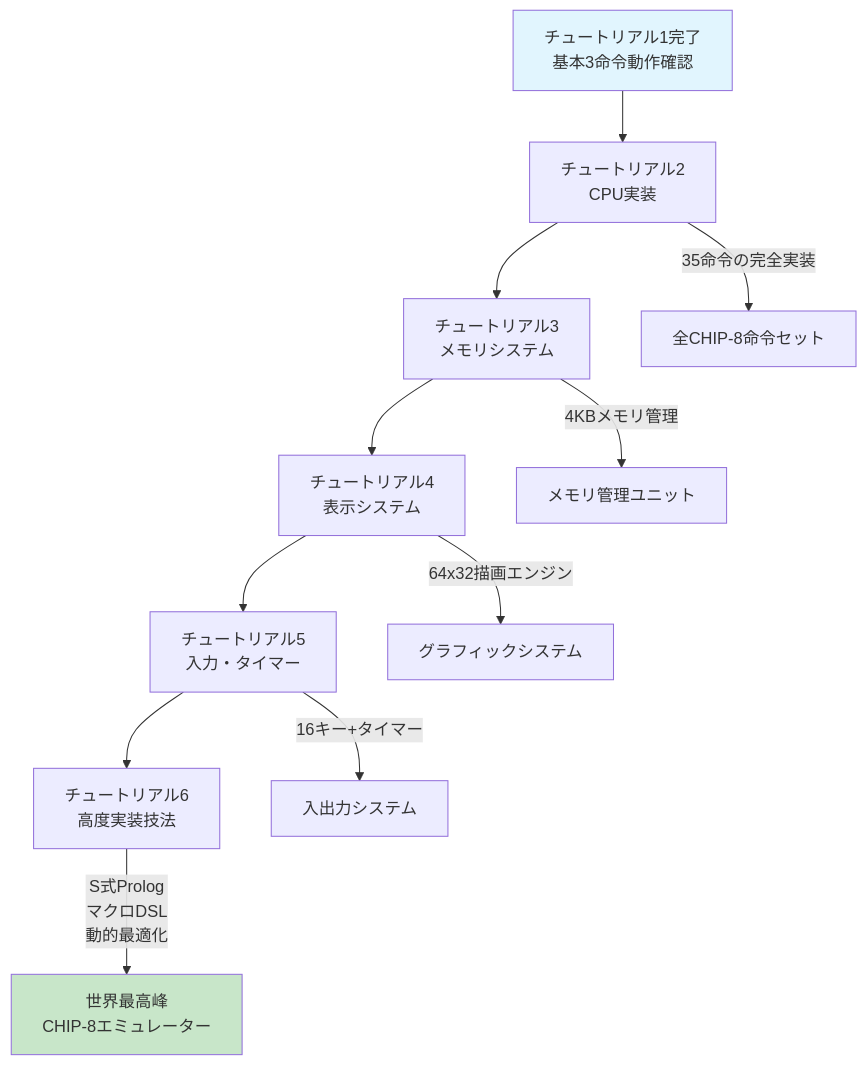
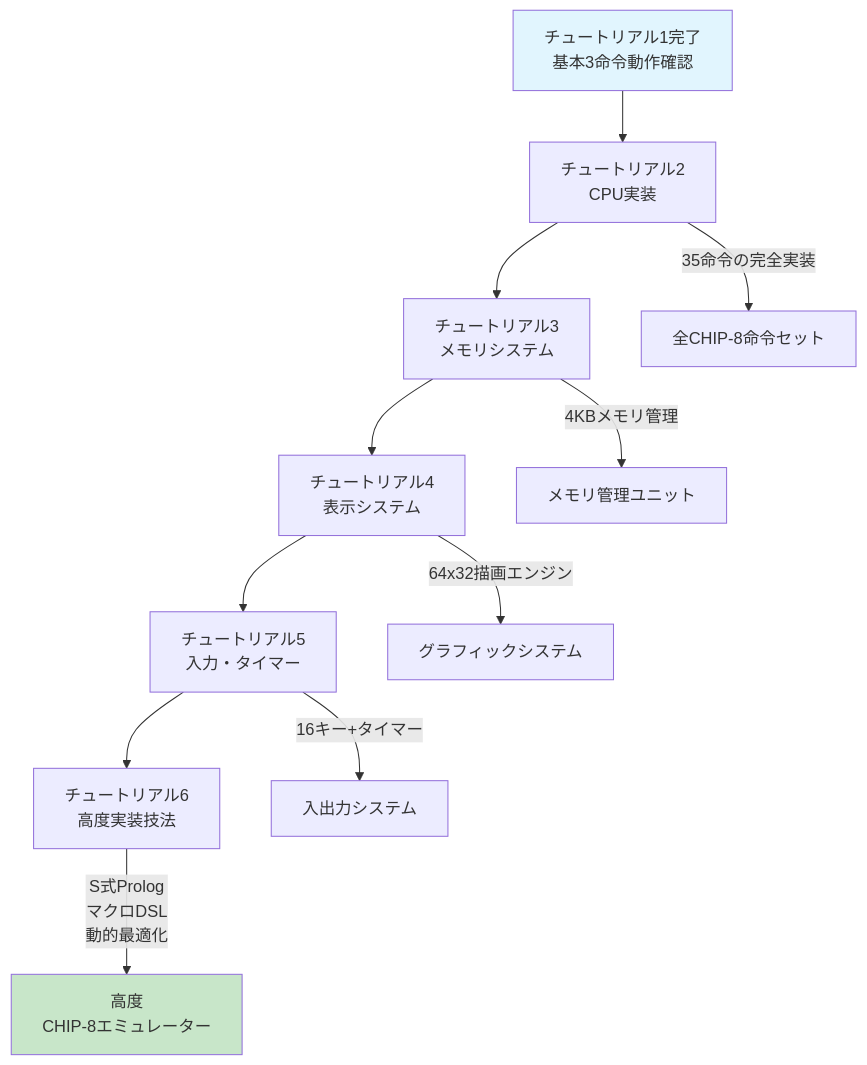
One commit to takeokunn/cl-chip8 changed the diagram in docs/tutorials/01-getting-started.md. Above: the diagram before and after it, drawn with Mermaid. The commit also changed other lines of this file and 20 other files, not shown here.

````diff
--- a/docs/tutorials/01-getting-started.md
+++ b/docs/tutorials/01-getting-started.md
@@ -1824,17 +1824,17 @@
 ```mermaid
 graph TB
     Current[チュートリアル1完了<br/>基本3命令動作確認] --> CPU[チュートリアル2<br/>CPU実装]
     CPU --> Memory[チュートリアル3<br/>メモリシステム]
     Memory --> Display[チュートリアル4<br/>表示システム]
     Display --> Input[チュートリアル5<br/>入力・タイマー]
     Input --> Advanced[チュートリアル6<br/>高度実装技法]
 
     CPU --> |35命令の完全実装| FullCPU[全CHIP-8命令セット]
     Memory --> |4KBメモリ管理| MMU[メモリ管理ユニット]
     Display --> |64x32描画エンジン| Graphics[グラフィックシステム]
     Input --> |16キー+タイマー| IO[入出力システム]
-    Advanced --> |S式Prolog<br/>マクロDSL<br/>動的最適化| WorldClass[世界最高峰<br/>CHIP-8エミュレーター]
+    Advanced --> |S式Prolog<br/>マクロDSL<br/>動的最適化| WorldClass[高度<br/>CHIP-8エミュレーター]
 
     style Current fill:#e1f5fe
     style WorldClass fill:#c8e6c9
 ```
````
